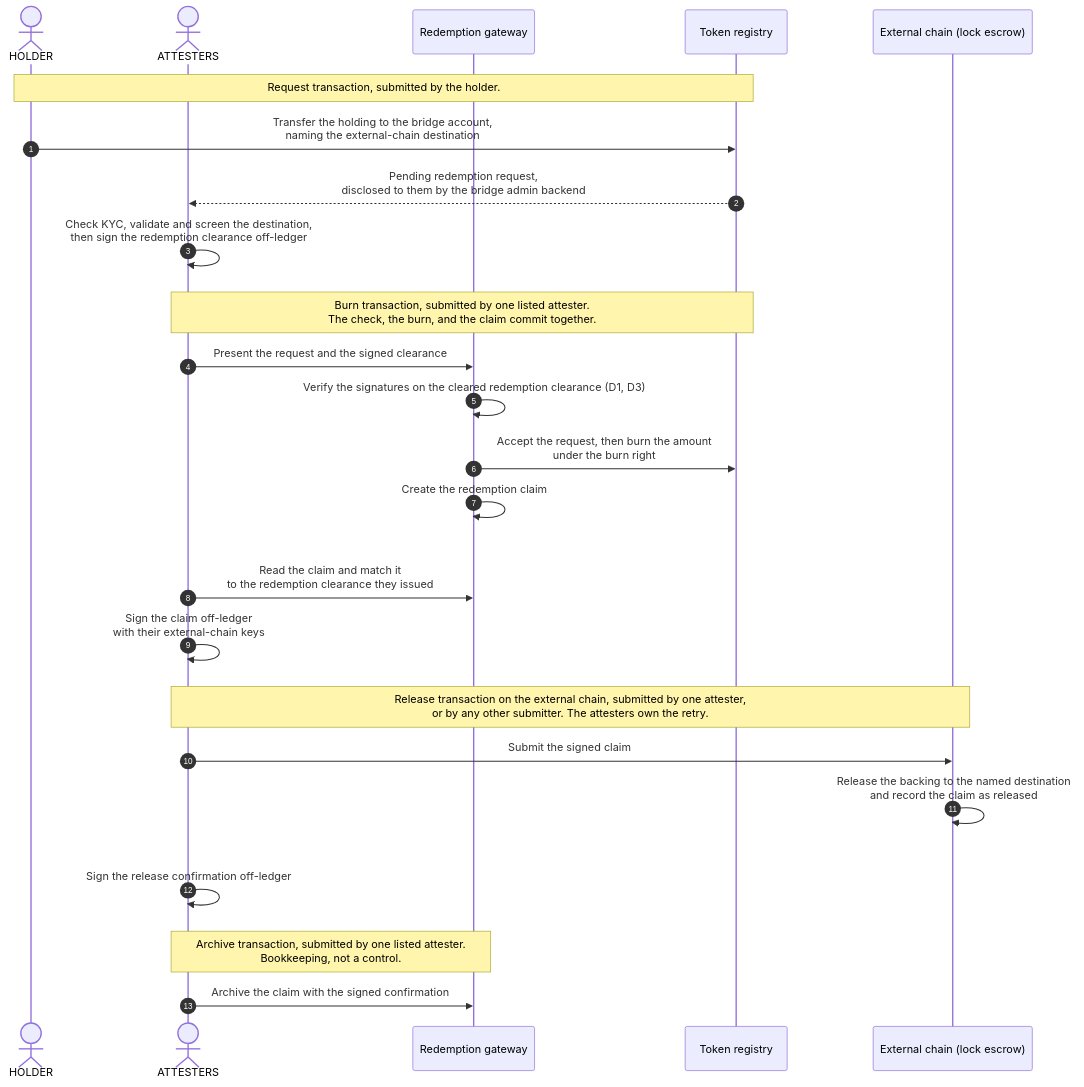
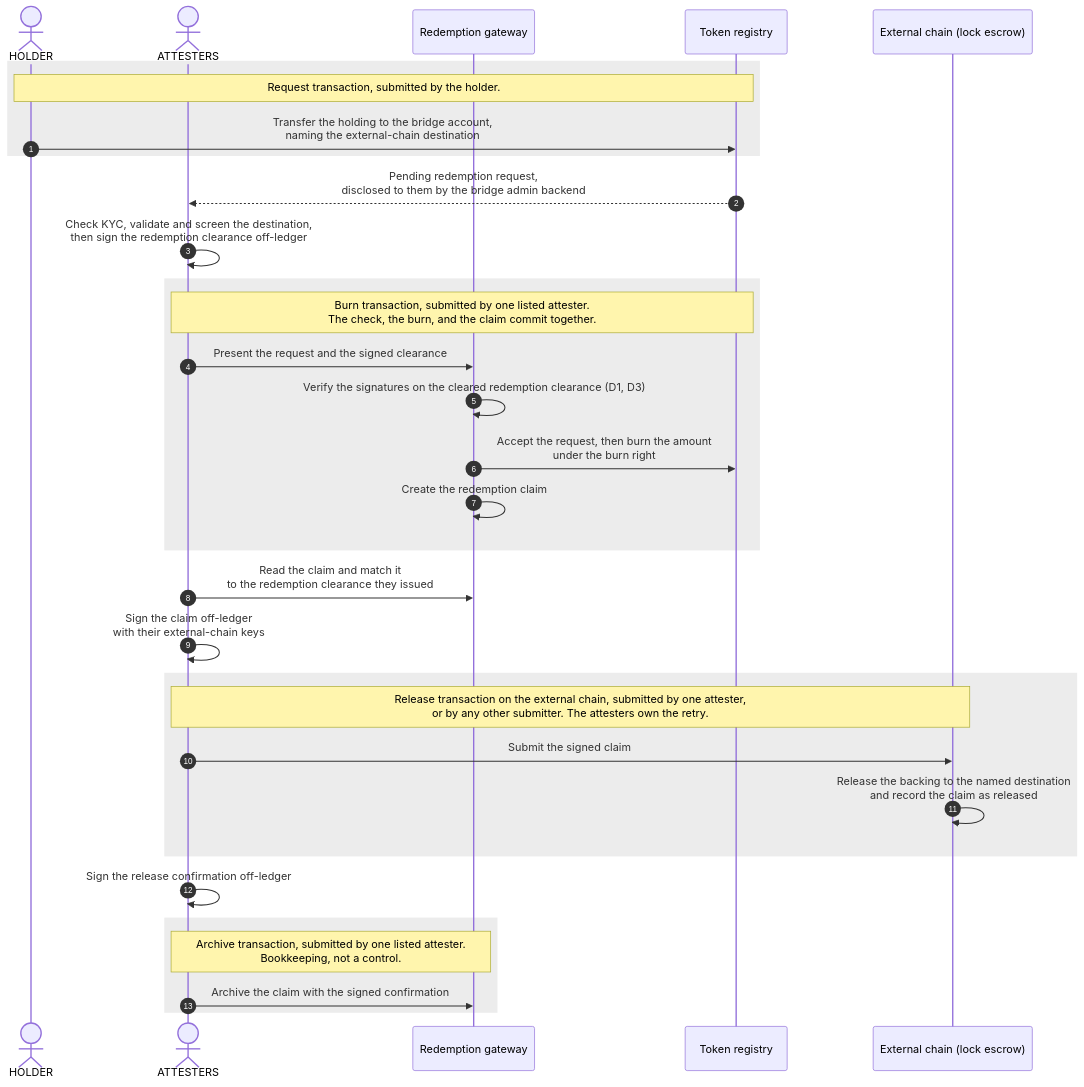
The fifth of 5 diagrams in docs/reference-architectures/cross-chain-stablecoin.md (OpenZeppelin/canton-specs), drawn with Mermaid before and after one commit. The commit also changed other lines of this file, not shown here.

First line of the commit message:
docs: add a lifecycle diagram to the summary

````diff
--- a/docs/reference-architectures/cross-chain-stablecoin.md
+++ b/docs/reference-architectures/cross-chain-stablecoin.md
@@ -682,35 +694,35 @@
 ```mermaid
 sequenceDiagram
     autonumber
     actor Holder as HOLDER
     actor Attesters as ATTESTERS
     participant Redeem as Redemption gateway
     participant Registry as Token registry
     participant Chain as External chain (lock escrow)
 
-    rect rgba(255, 255, 255, .1)
+    rect rgba(127, 127, 127, .15)
         Note over Holder,Registry: Request transaction, submitted by the holder.
         Holder->>Registry: Transfer the holding to the bridge account,<br/>naming the external-chain destination
     end
     Registry-->>Attesters: Pending redemption request,<br/>disclosed to them by the bridge admin backend
     Attesters->>Attesters: Check KYC, validate and screen the destination,<br/>then sign the redemption clearance off-ledger
-    rect rgba(255, 255, 255, .1)
+    rect rgba(127, 127, 127, .15)
         Note over Attesters,Registry: Burn transaction, submitted by one listed attester.<br/>The check, the burn, and the claim commit together.
         Attesters->>Redeem: Present the request and the signed clearance
         Redeem->>Redeem: Verify the signatures on the cleared redemption clearance (D1, D3)
         Redeem->>Registry: Accept the request, then burn the amount<br/>under the burn right
         Redeem->>Redeem: Create the redemption claim
     end
     Attesters->>Redeem: Read the claim and match it<br/>to the redemption clearance they issued
     Attesters->>Attesters: Sign the claim off-ledger<br/>with their external-chain keys
-    rect rgba(255, 255, 255, .1)
+    rect rgba(127, 127, 127, .15)
         Note over Attesters,Chain: Release transaction on the external chain, submitted by one attester,<br/>or by any other submitter. The attesters own the retry.
         Attesters->>Chain: Submit the signed claim
         Chain->>Chain: Release the backing to the named destination<br/>and record the claim as released
     end
     Attesters->>Attesters: Sign the release confirmation off-ledger
-    rect rgba(255, 255, 255, .1)
+    rect rgba(127, 127, 127, .15)
         Note over Attesters,Redeem: Archive transaction, submitted by one listed attester.<br/>Bookkeeping, not a control.
         Attesters->>Redeem: Archive the claim with the signed confirmation
     end
 ```
````
